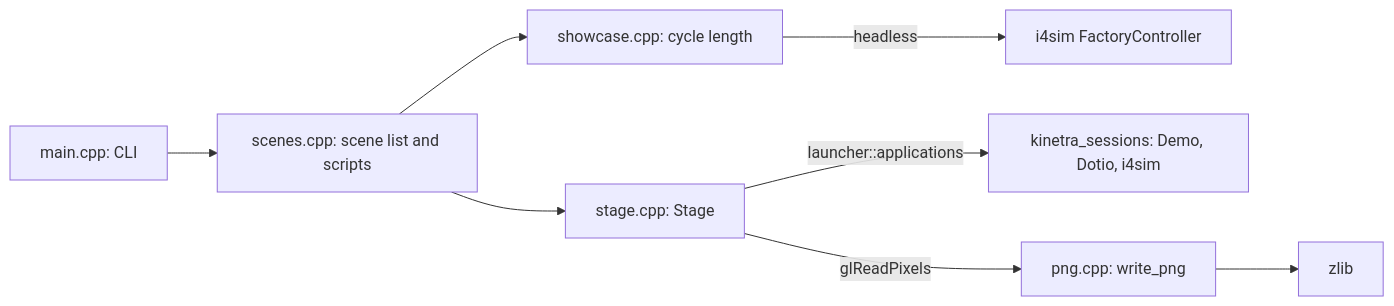
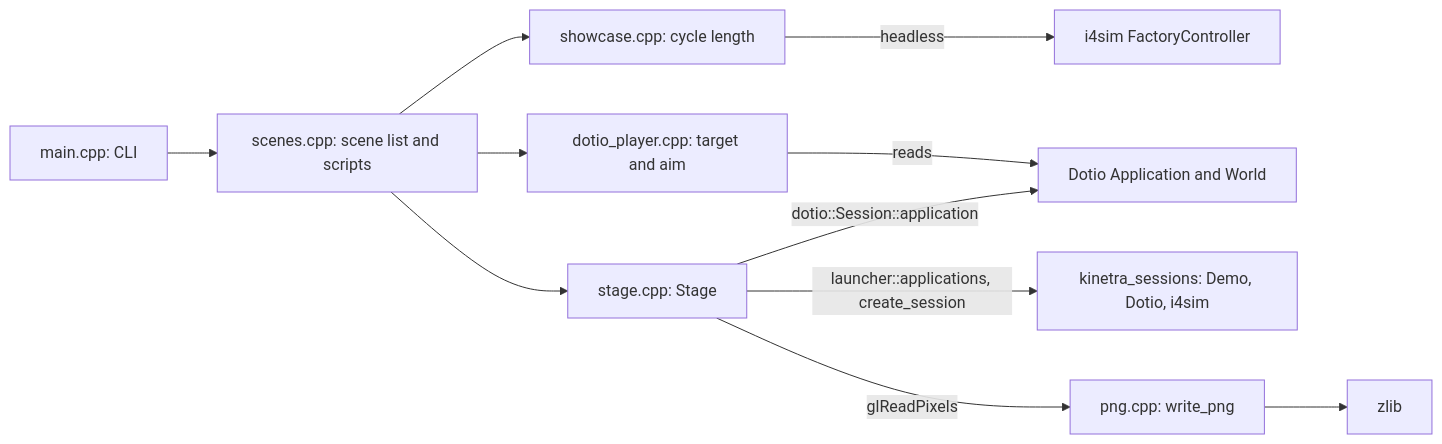
Before and after one commit to SMB-M87/Kinetra-Lab: the first of 2 diagrams in tools/capture/README.md, drawn with Mermaid. The commit also changed other lines of this file and 12 other files, not shown here.

First line of the commit message:
docs(media): refresh the Dotio and i4sim captures and describe their scripts

````diff
--- a/tools/capture/README.md
+++ b/tools/capture/README.md
@@ -45,10 +47,13 @@
 ```mermaid
 flowchart LR
     Main[main.cpp: CLI] --> Scenes[scenes.cpp: scene list and scripts]
     Scenes --> Stage[stage.cpp: Stage]
     Scenes --> Showcase[showcase.cpp: cycle length]
+    Scenes --> Player[dotio_player.cpp: target and aim]
     Showcase -->|headless| Controller[i4sim FactoryController]
-    Stage -->|launcher::applications| Sessions[kinetra_sessions: Demo, Dotio, i4sim]
+    Player -->|reads| World[Dotio Application and World]
+    Stage -->|launcher::applications, create_session| Sessions[kinetra_sessions: Demo, Dotio, i4sim]
+    Stage -->|dotio::Session::application| World
     Stage -->|glReadPixels| Png[png.cpp: write_png]
     Png --> Zlib[zlib]
 ```
````
